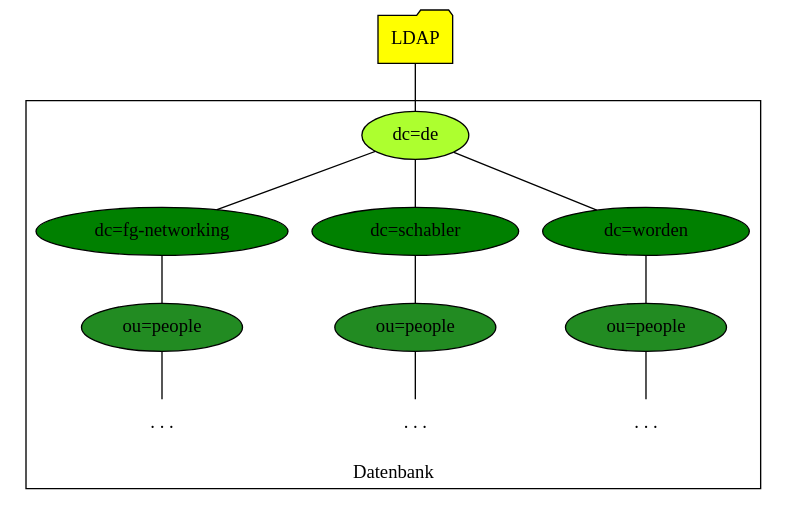
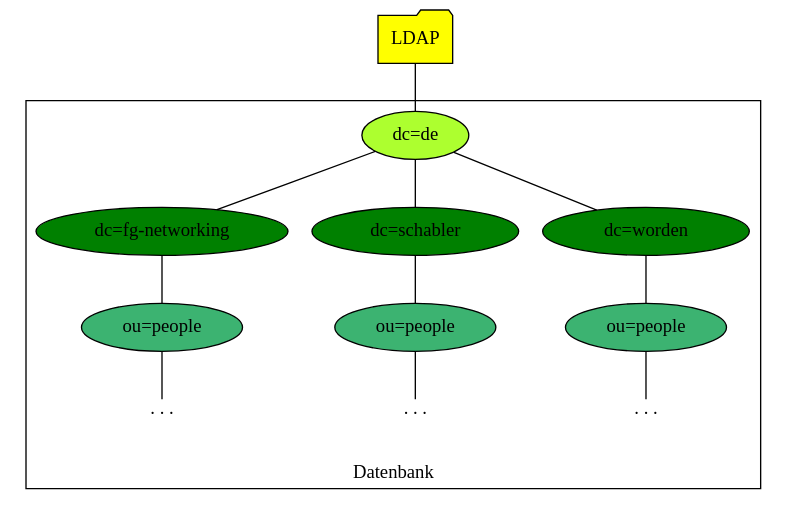
One commit to Gabelvampir/ty-stuff changed the diagram in Presentation LDAP-RADIUS/Bilder/LDAP-fgn.dot. Above: the diagram before and after it, drawn with Graphviz. The commit also changed 5 other files, not shown here.

Commit message:
played around a bit with the graphviz trees

```diff
--- a/Presentation LDAP-RADIUS/Bilder/LDAP-fgn.dot
+++ b/Presentation LDAP-RADIUS/Bilder/LDAP-fgn.dot
@@ -1,23 +1,23 @@
 graph G {
   root [label="LDAP", shape="folder", style="filled", fillcolor="yellow"];
   subgraph cluster_db{
     de [label="dc=de", style="filled", fillcolor="greenyellow"];
     fgn [label="dc=fg-networking", style="filled", fillcolor="green", width=2.15];
-    people1 [label="ou=people", style="filled", fillcolor="forestgreen"];
-    fgnpe [label=". . .", shape="plaintext"];
+    people1 [label="ou=people", style="filled", fillcolor="mediumseagreen"];
+    fgnpe [label=". . .", labelloc="t", shape="plaintext"];
     schabler [label="dc=schabler", style="filled", fillcolor="green", width=2.15];
-    people2 [label="ou=people", style="filled", fillcolor="forestgreen"];
-    schabpe [label=". . .", shape="plaintext"];
+    people2 [label="ou=people", style="filled", fillcolor="mediumseagreen"];
+    schabpe [label=". . .", labelloc="t", shape="plaintext"];
     worden [label="dc=worden", style="filled", fillcolor="green", width=2.15];
-    people3 [label="ou=people", style="filled", fillcolor="forestgreen"];
-    wordpe [label=". . .", shape="plaintext"];
+    people3 [label="ou=people", style="filled", fillcolor="mediumseagreen"];
+    wordpe [label=". . .", labelloc="t", shape="plaintext"];
     label="Datenbank";
     labelloc=b
   }
   root -- de;
   de -- {fgn schabler worden};
   fgn -- people1 -- fgnpe;
   schabler -- people2 -- schabpe;
   worden -- people3 -- wordpe;
   margin=0;
   }
```
